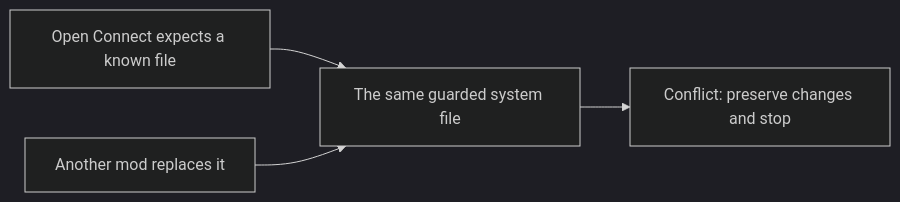
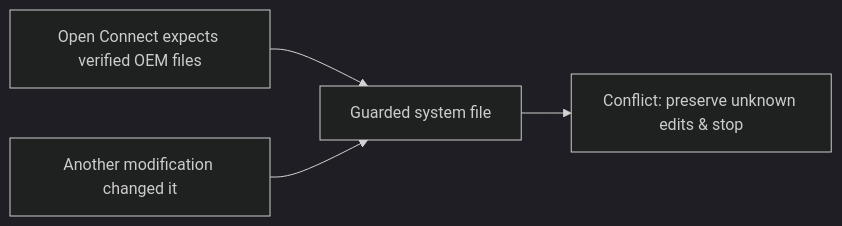
One commit to aeharding/open-connect changed the third of 3 diagrams in docs/how-it-works.md. Above: the diagram before and after it, drawn with Mermaid (dark theme). The commit also changed other lines of this file and 18 other files, not shown here.

````diff
--- a/docs/how-it-works.md
+++ b/docs/how-it-works.md
@@ -55,6 +41,6 @@
 ```mermaid
 flowchart LR
-    oc["Open Connect expects a known file"] --> file["The same guarded system file"]
-    mod["Another mod replaces it"] --> file
-    file --> conflict["Conflict: preserve changes and stop"]
+    oc["Open Connect expects verified OEM files"] --> file["Guarded system file"]
+    mod["Another modification changed it"] --> file
+    file --> conflict["Conflict: preserve unknown edits & stop"]
 ```
````
